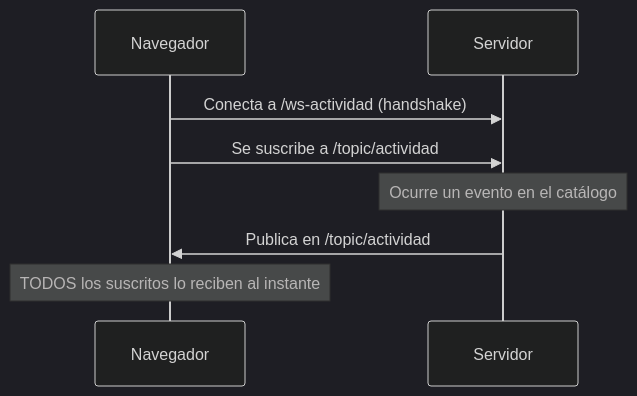
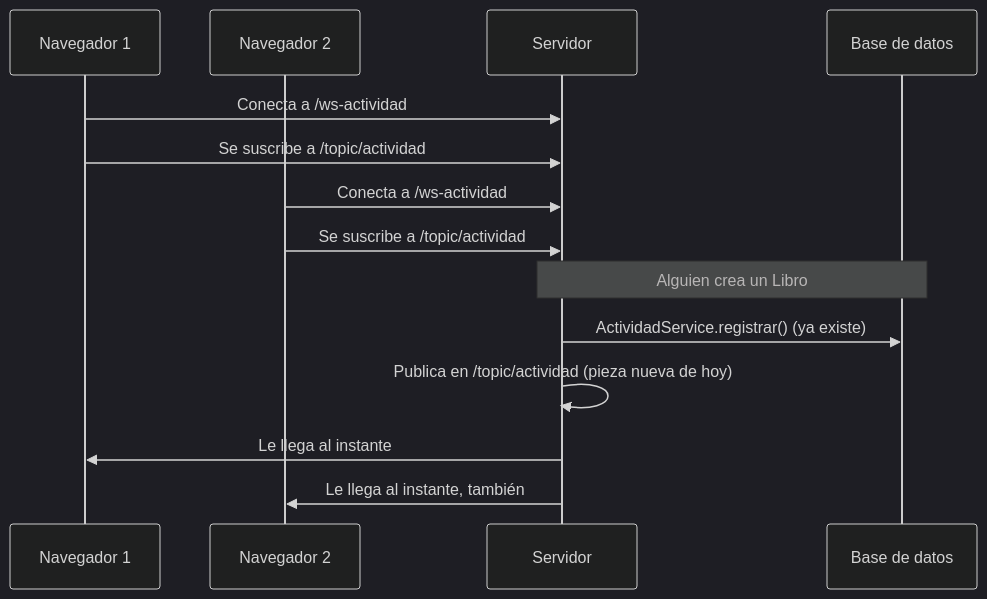
One commit to aitorventura/programacion-servicios-procesos changed the third of 4 diagrams in docs/tema4/websocket-stomp.md. Above: the diagram before and after it, drawn with Mermaid (dark theme). The commit also changed other lines of this file and 9 other files, not shown here.

````diff
--- a/docs/tema4/websocket-stomp.md
+++ b/docs/tema4/websocket-stomp.md
@@ -73,10 +78,18 @@
 ```mermaid
 sequenceDiagram
-    participant N as Navegador
+    participant N1 as Navegador 1
+    participant N2 as Navegador 2
     participant S as Servidor
-    N->>S: Conecta a /ws-actividad (handshake)
-    N->>S: Se suscribe a /topic/actividad
-    Note over S: Ocurre un evento en el catálogo
-    S->>N: Publica en /topic/actividad
-    Note over N: TODOS los suscritos lo reciben al instante
+    participant DB as Base de datos
+
+    N1->>S: Conecta a /ws-actividad
+    N1->>S: Se suscribe a /topic/actividad
+    N2->>S: Conecta a /ws-actividad
+    N2->>S: Se suscribe a /topic/actividad
+
+    Note over S,DB: Alguien crea un Libro
+    S->>DB: ActividadService.registrar() (ya existe)
+    S->>S: Publica en /topic/actividad (pieza nueva de hoy)
+    S->>N1: Le llega al instante
+    S->>N2: Le llega al instante, también
 ```
````
